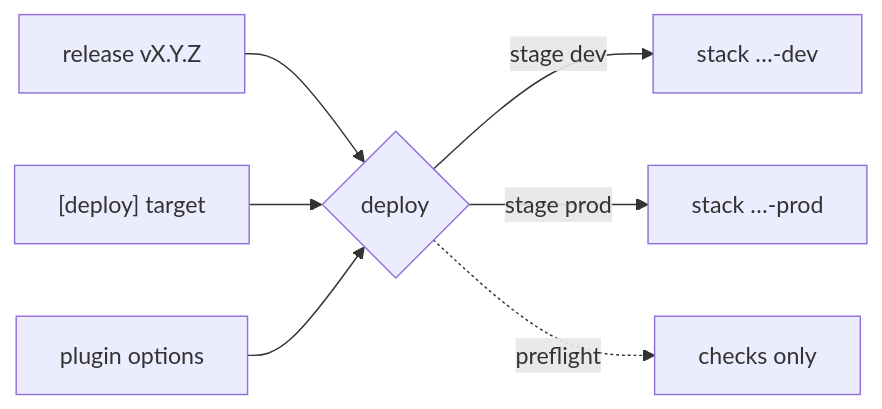
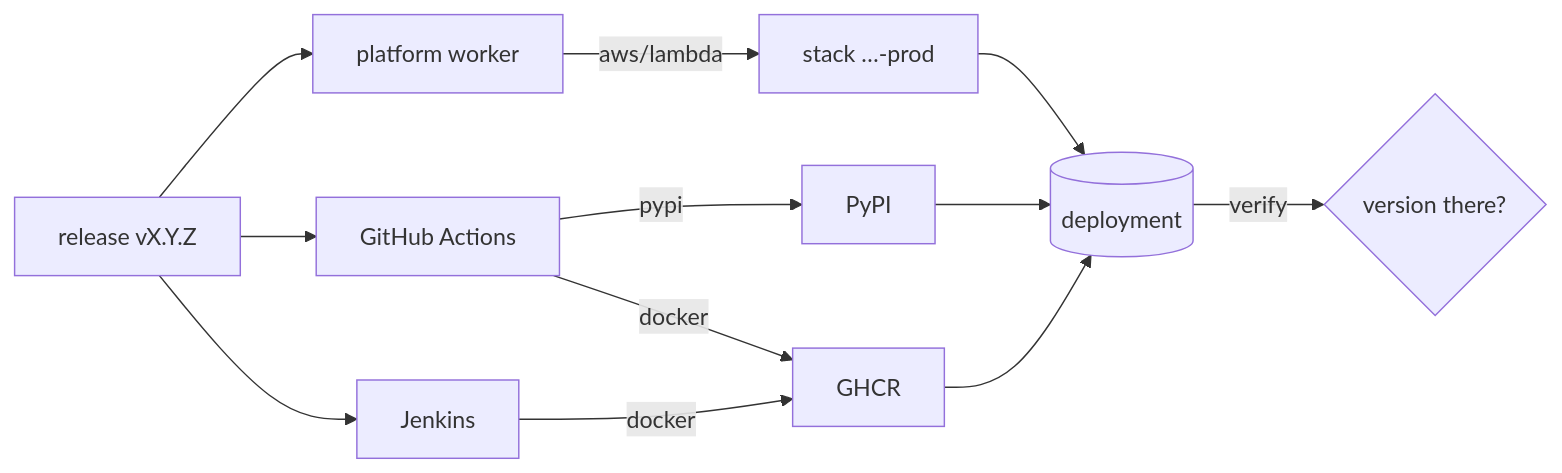
Before and after one commit to actionplatform/action-platform: the diagram in docs/concept_deployments.md, drawn with Mermaid. The commit also changed other lines of this file and 2 other files, not shown here.

First line of the commit message:
docs(deployments): targets and executors, the deployment record, verification at the destination

````diff
--- a/docs/concept_deployments.md
+++ b/docs/concept_deployments.md
@@ -5,9 +5,12 @@
 ```mermaid
 flowchart LR
-    R[release vX.Y.Z] --> D{deploy}
-    D -->|stage dev| SD["stack …-dev"]
-    D -->|stage prod| SP["stack …-prod"]
-    D -.->|preflight| C[checks only]
-    T["[deploy] target"] --> D
-    P[plugin options] --> D
+    R[release vX.Y.Z] --> P[platform worker]
+    R --> A[GitHub Actions]
+    R --> J[Jenkins]
+    P -->|aws/lambda| L["stack …-prod"]
+    A -->|pypi| Y[PyPI]
+    A -->|docker| G[GHCR]
+    J -->|docker| G
+    L & Y & G --> D[(deployment)]
+    D -->|verify| V{version there?}
 ```
````
